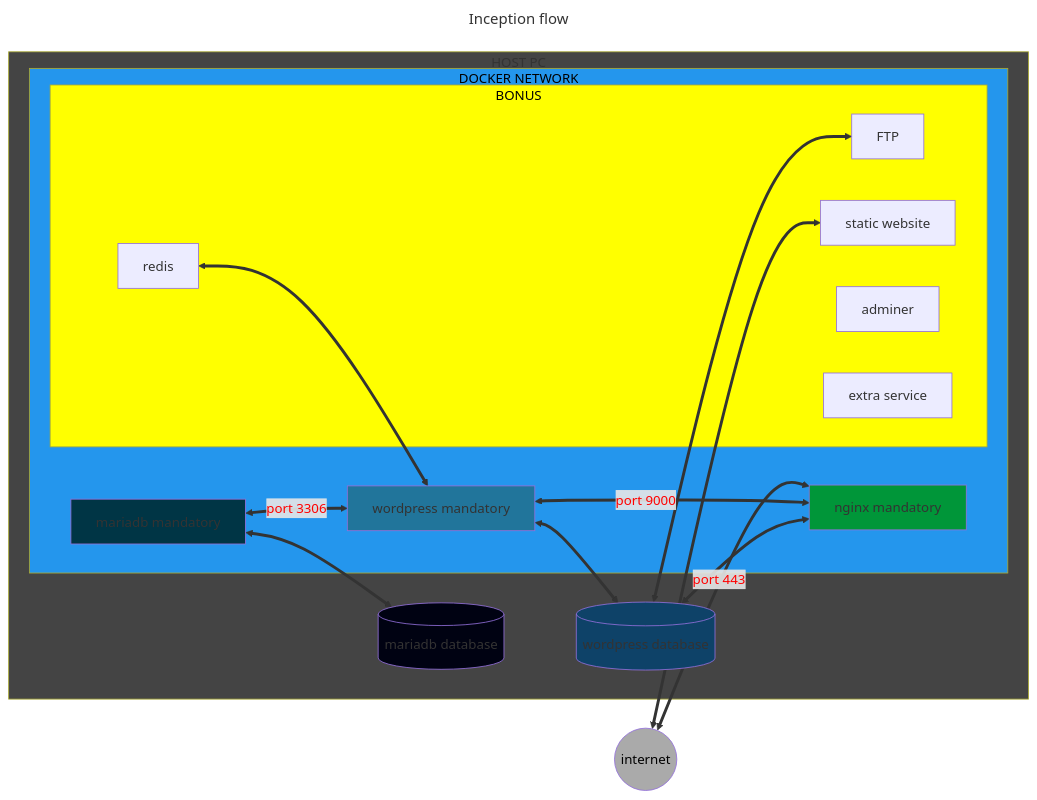
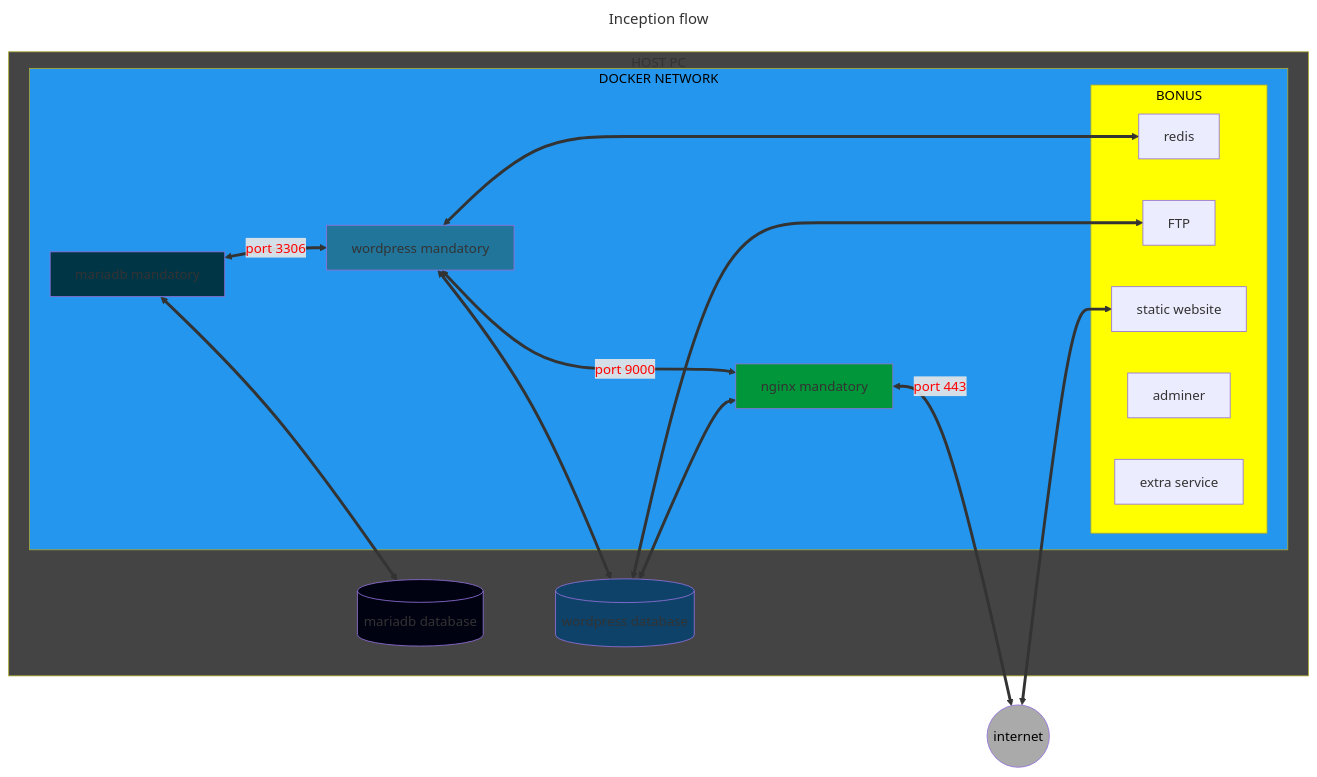
Before and after one commit to andreyvdl/42-Inception: the diagram in README.md, drawn with Mermaid.

Commit message:
F: fix flowchart

````diff
--- a/README.md
+++ b/README.md
@@ -13,54 +13,54 @@
 ```mermaid
 ---
 title: Inception flow
 ---
 
 %%{ init: { 'flowchart' : { 'curve': 'basis' } } }%%
 
 flowchart LR
 
 net(("internet"))
 nginxMan["nginx mandatory"]
 wpPHP["wordpress mandatory"]
 wpDB[("wordpress database")]
-outCont["mariadb mandatory"]
-outDB[("mariadb database")]
+mariaCont["mariadb mandatory"]
+mariaDB[("mariadb database")]
 redis["redis"]
 FTP["FTP"]
 STATIC["static website"]
 ADMINER["adminer"]
 EXTRA["extra service"]
 
-net <==port 443==> nginxMan
+nginxMan <==port 443==> net
 net <==> STATIC
 subgraph HP["HOST PC"]
   subgraph DN["DOCKER NETWORK"]
-    outCont <==port 3306==> wpPHP
+    mariaCont <==port 3306==> wpPHP
     wpPHP <==port 9000==> nginxMan
-    redis <==> wpPHP
+    wpPHP <==> redis
     subgraph B1["BONUS"]
       ADMINER
       redis
       FTP
       STATIC
       EXTRA
     end
   end
-  outCont <==> outDB
+  mariaCont <==> mariaDB
   wpPHP <==> wpDB
   wpDB <==> nginxMan
   wpDB <==> FTP
 end
 
 
 style DN fill:#2496ED,color:#000
 style HP fill:#444444
 style net fill:#aaaaaa,color:#000
 style nginxMan fill:#009639
 style wpPHP fill:#21759B
 style wpDB fill:#0E4268
-style outCont fill:#003545
-style outDB fill:#000212
+style mariaCont fill:#003545
+style mariaDB fill:#000212
 style B1 fill:#FFFF00,color:#000
 linkStyle 0,2,3 color:#F00
 ```
````
